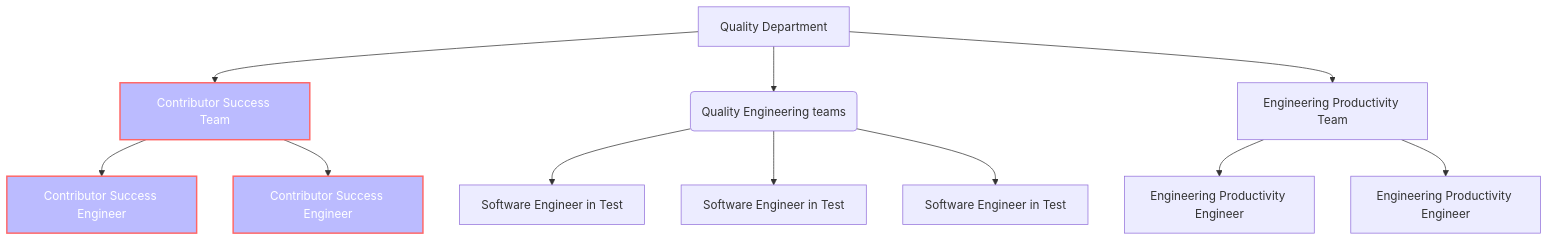
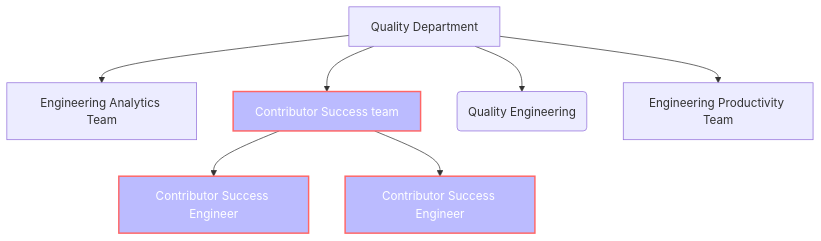
One commit to secretstartups/handbook changed the second of 2 diagrams in quality/contributor-success/index.html.md. Above: the diagram before and after it, drawn with Mermaid. The commit also changed 4 other files, not shown here.

Commit message:
Harmonize quality team structures charts

````diff
--- a/quality/contributor-success/index.html.md
+++ b/quality/contributor-success/index.html.md
@@ -290,17 +290,20 @@
 ```mermaid
 graph TD
     A[Quality Department]
-    A --> B[Contributor Success Team]
-    B --> BA[Contributor Success Engineer]
-    B --> BB[Contributor Success Engineer]
-    A --> CA(Quality Engineering teams)
-    CA --> CAA[Software Engineer in Test]
-    CA --> CAB[Software Engineer in Test]
-    CA --> CAC[Software Engineer in Test]
-    A --> D[Engineering Productivity Team]
-    D --> DA[Engineering Productivity Engineer]
-    D --> DB[Engineering Productivity Engineer]
-    style B fill:#bbf,stroke:#f66,stroke-width:2px, color:#fff
-    style BA fill:#bbf,stroke:#f66,stroke-width:2px, color:#fff
-    style BB fill:#bbf,stroke:#f66,stroke-width:2px, color:#fff
+    A --> B[Engineering Analytics Team]
+    A --> C[Contributor Success team]
+    C --> CA[Contributor Success Engineer]
+    C --> CB[Contributor Success Engineer]
+    A --> D(Quality Engineering)
+    A --> E[Engineering Productivity Team]
+
+    click A "/handbook/engineering/quality"
+    click B "/handbook/engineering/quality/engineering-analytics"
+    click C "/handbook/engineering/quality/contributor-success"
+    click D "/handbook/engineering/quality/quality-engineering"
+    click E "/handbook/engineering/quality/engineering-productivity"
+
+    style C fill:#bbf,stroke:#f66,stroke-width:2px, color:#fff
+    style CA fill:#bbf,stroke:#f66,stroke-width:2px, color:#fff
+    style CB fill:#bbf,stroke:#f66,stroke-width:2px, color:#fff
 ```
````
